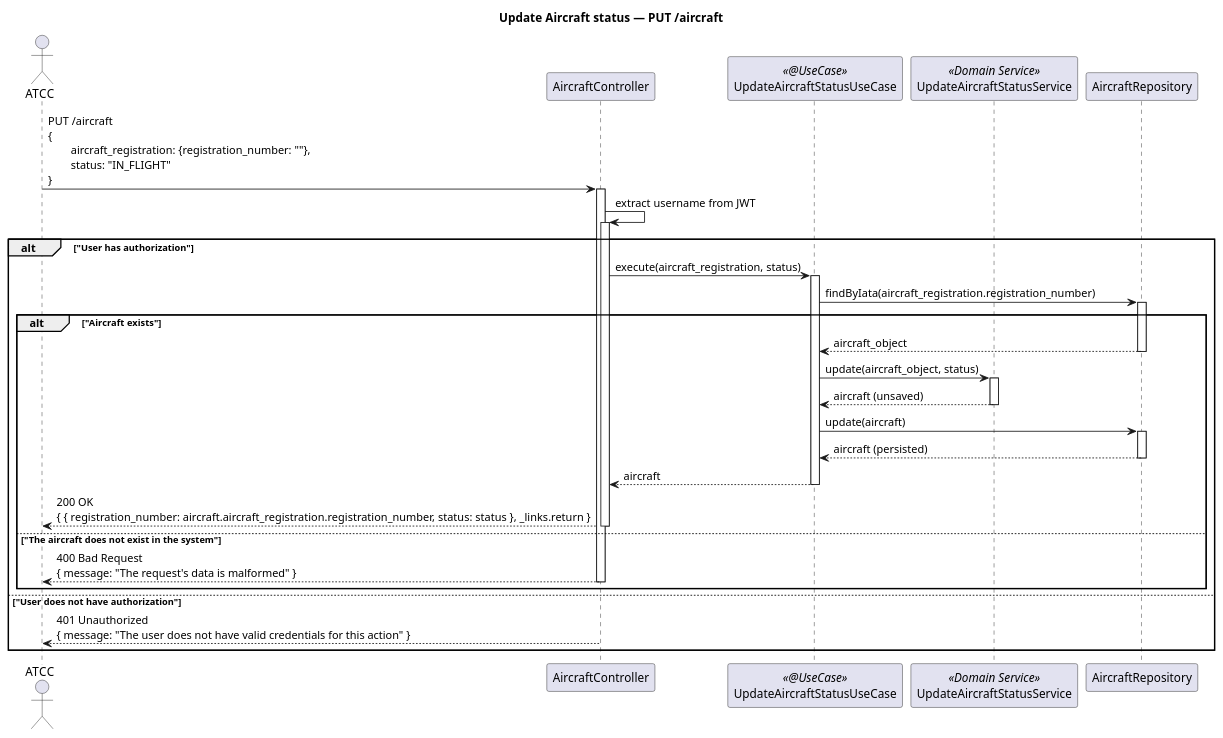
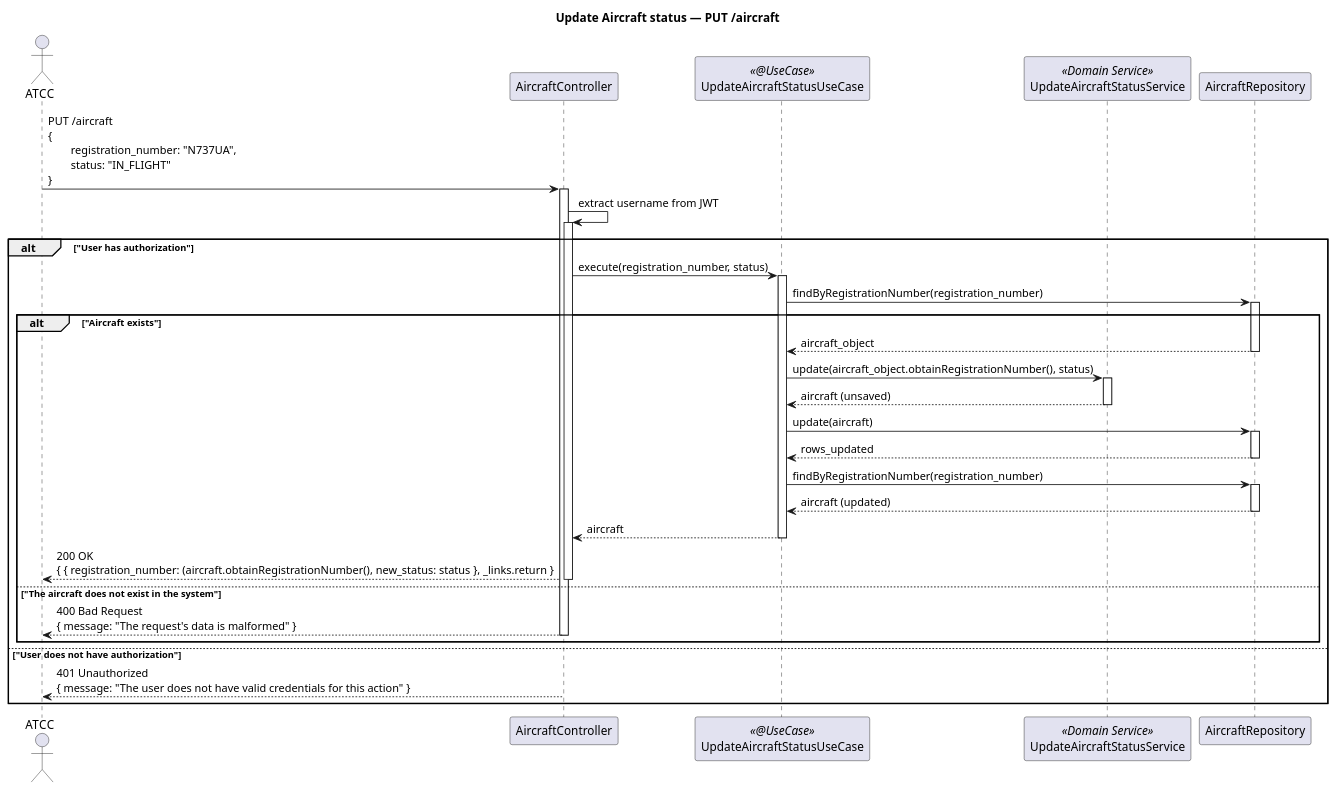
One commit to miguelsiilva1/PSOFT_1241008_1241131_1200858_1210977 changed the diagram in docs/system-documentation/WP#1A/US105/US105_SD/US105_SD.puml. Above: the diagram before and after it, drawn with PlantUML. The commit also changed 52 other files, not shown here.

```diff
--- a/docs/system-documentation/WP#1A/US105/US105_SD/US105_SD.puml
+++ b/docs/system-documentation/WP#1A/US105/US105_SD/US105_SD.puml
@@ -1,34 +1,36 @@
 @startuml
 title Update Aircraft status — PUT /aircraft
 
 autoactivate on
 
 actor ATCC
 participant AircraftController
 participant UpdateAircraftStatusUseCase <<@UseCase>>
 participant UpdateAircraftStatusService <<Domain Service>>
 participant AircraftRepository
 
-ATCC -> AircraftController : PUT /aircraft\n{\n\taircraft_registration: {registration_number: ""},\n\tstatus: "IN_FLIGHT"\n}
+ATCC -> AircraftController : PUT /aircraft\n{\n\tregistration_number: "N737UA",\n\tstatus: "IN_FLIGHT"\n}
 
 AircraftController -> AircraftController : extract username from JWT
 alt "User has authorization"
-    AircraftController -> UpdateAircraftStatusUseCase : execute(aircraft_registration, status)
-        UpdateAircraftStatusUseCase -> AircraftRepository : findByIata(aircraft_registration.registration_number)
+    AircraftController -> UpdateAircraftStatusUseCase : execute(registration_number, status)
+        UpdateAircraftStatusUseCase -> AircraftRepository : findByRegistrationNumber(registration_number)
         alt "Aircraft exists"
         AircraftRepository --> UpdateAircraftStatusUseCase : aircraft_object
-        UpdateAircraftStatusUseCase -> UpdateAircraftStatusService : update(aircraft_object, status)
+        UpdateAircraftStatusUseCase -> UpdateAircraftStatusService : update(aircraft_object.obtainRegistrationNumber(), status)
         UpdateAircraftStatusService --> UpdateAircraftStatusUseCase : aircraft (unsaved)
         UpdateAircraftStatusUseCase -> AircraftRepository : update(aircraft)
-        AircraftRepository --> UpdateAircraftStatusUseCase : aircraft (persisted)
+        AircraftRepository --> UpdateAircraftStatusUseCase : rows_updated
+        UpdateAircraftStatusUseCase -> AircraftRepository : findByRegistrationNumber(registration_number)
+                AircraftRepository --> UpdateAircraftStatusUseCase : aircraft (updated)
     UpdateAircraftStatusUseCase --> AircraftController : aircraft
-AircraftController --> ATCC : 200 OK\n{ { registration_number: aircraft.aircraft_registration.registration_number, status: status }, _links.return }
+AircraftController --> ATCC : 200 OK\n{ { registration_number: (aircraft.obtainRegistrationNumber(), new_status: status }, _links.return }
         else "The aircraft does not exist in the system"
 AircraftController --> ATCC : 400 Bad Request\n{ message: "The request's data is malformed" }
         end
 
 else "User does not have authorization"
 AircraftController --> ATCC : 401 Unauthorized\n{ message: "The user does not have valid credentials for this action" }
 end
 
 @enduml
```
